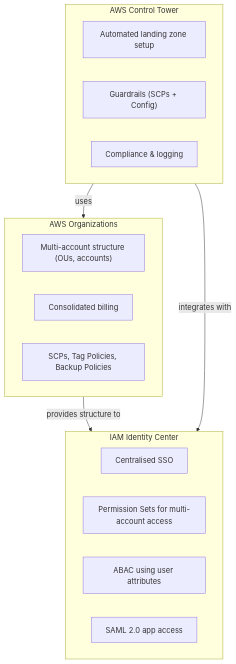
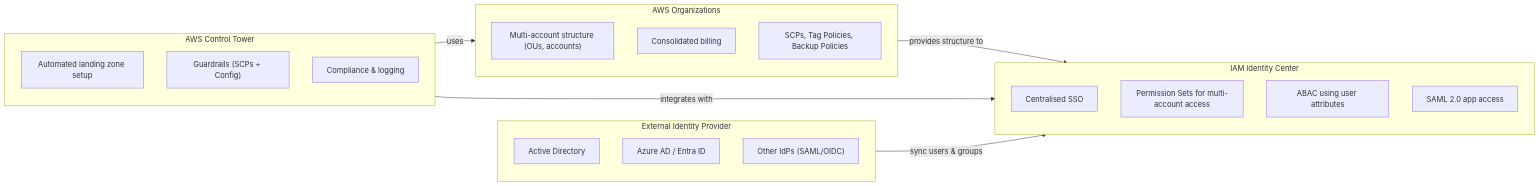
Before and after one commit to rtdevx/rtdevx.github.io: the diagram in content/posts/training/AWS/2026-aws-solutions-architect/66-advanced-identity-saac03/index.md, drawn with Mermaid.

Commit message:
Obsidian sync: 2026-06-16 12:53:51

```diff
--- a/content/posts/training/AWS/2026-aws-solutions-architect/66-advanced-identity-saac03/index.md
+++ b/content/posts/training/AWS/2026-aws-solutions-architect/66-advanced-identity-saac03/index.md
@@ -215,28 +215,36 @@
 {{< mermaid >}}
 
-flowchart TB
+flowchart LR
 
     subgraph CT["AWS Control Tower"]
         CT1["Automated landing zone setup"]
         CT2["Guardrails (SCPs + Config)"]
         CT3["Compliance & logging"]
     end
 
     subgraph ORG["AWS Organizations"]
         ORG1["Multi-account structure (OUs, accounts)"]
         ORG2["Consolidated billing"]
         ORG3["SCPs, Tag Policies, Backup Policies"]
     end
 
     subgraph IDSC["IAM Identity Center"]
         ID1["Centralised SSO"]
         ID2["Permission Sets for multi-account access"]
         ID3["ABAC using user attributes"]
         ID4["SAML 2.0 app access"]
     end
 
+    subgraph AD["External Identity Provider"]
+        AD1["Active Directory"]
+        AD2["Azure AD / Entra ID"]
+        AD3["Other IdPs (SAML/OIDC)"]
+    end
+
     CT -->|uses| ORG
     ORG -->|provides structure to| IDSC
     CT -->|integrates with| IDSC
 
+    AD -->|sync users & groups| IDSC
+
 {{< /mermaid >}}
```
